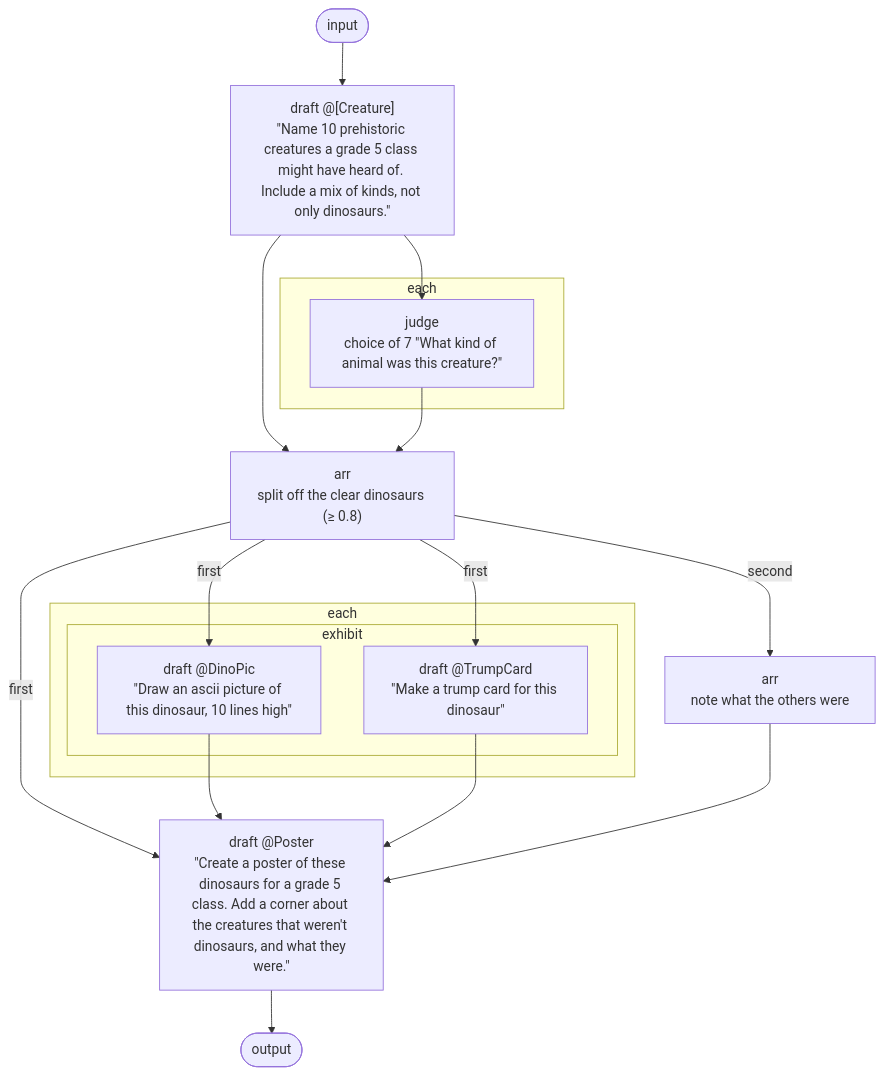
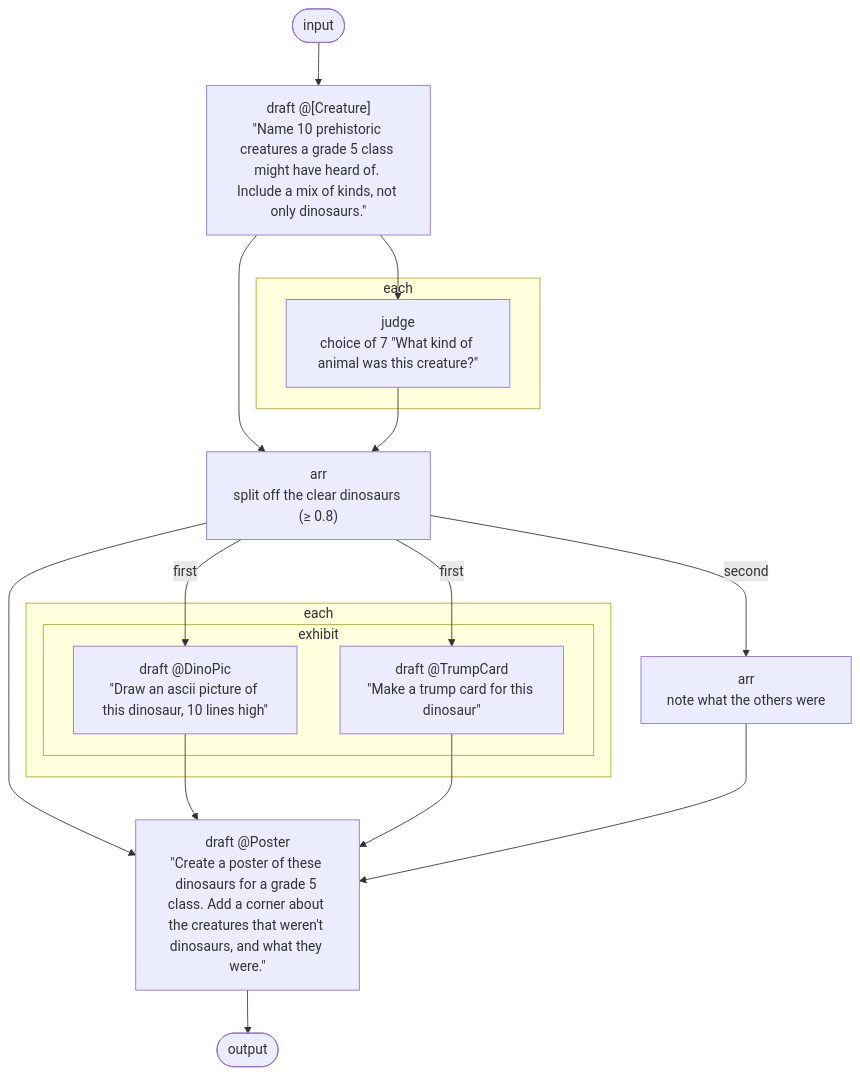
Before and after one commit to drshade/haskell-agentic: the diagram in README.md, drawn with Mermaid. The commit also changed other lines of this file and 20 other files, not shown here.

First line of the commit message:
release: 0.2.0.5, with diagrams that follow pairs

````diff
--- a/README.md
+++ b/README.md
@@ -331,30 +334,30 @@
 ```mermaid
 flowchart TD
   input(["input"])
   n0["draft @[Creature]<br/>#quot;Name 10 prehistoric creatures a grade 5 class might have heard of. Include a mix of kinds, not only dinosaurs.#quot;"]
   subgraph n1["each"]
     n2["judge<br/>choice of 7 #quot;What kind of animal was this creature?#quot;"]
   end
   n3["arr<br/>split off the clear dinosaurs (≥ 0.8)"]
   subgraph n4["each"]
     subgraph n5["exhibit"]
       n6["draft @DinoPic<br/>#quot;Draw an ascii picture of this dinosaur, 10 lines high#quot;"]
       n7["draft @TrumpCard<br/>#quot;Make a trump card for this dinosaur#quot;"]
     end
   end
   n8["arr<br/>note what the others were"]
   n9["draft @Poster<br/>#quot;Create a poster of these dinosaurs for a grade 5 class. Add a corner about the creatures that weren't dinosaurs, and what they were.#quot;"]
   output(["output"])
   input --> n0
   n0 --> n2
   n0 --> n3
   n2 --> n3
   n3 -->|first| n6
   n3 -->|first| n7
   n3 -->|second| n8
-  n3 -->|first| n9
+  n3 --> n9
   n6 --> n9
   n7 --> n9
   n8 --> n9
   n9 --> output
 ```
````
